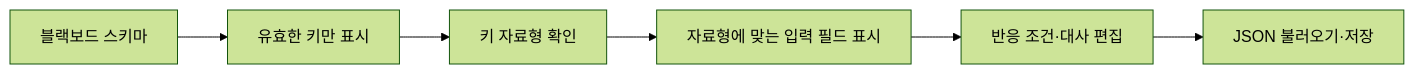
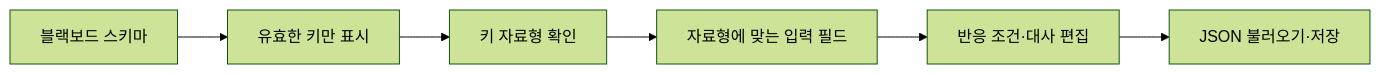
The fourth of 5 diagrams in GreenClean/README.md (chaaaron000/game-project-code-archive), drawn with Mermaid (forest theme) before and after one commit. The commit also changed other lines of this file, not shown here.

````diff
--- a/GreenClean/README.md
+++ b/GreenClean/README.md
@@ -94,8 +74,8 @@
 ```mermaid
 flowchart LR
     A[블랙보드 스키마] --> B[유효한 키만 표시]
     B --> C[키 자료형 확인]
-    C --> D[자료형에 맞는 입력 필드 표시]
+    C --> D[자료형에 맞는 입력 필드]
     D --> E[반응 조건·대사 편집]
     E --> F[JSON 불러오기·저장]
 ```
````
